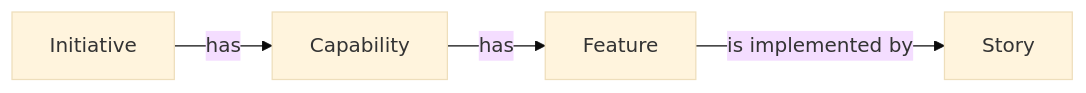
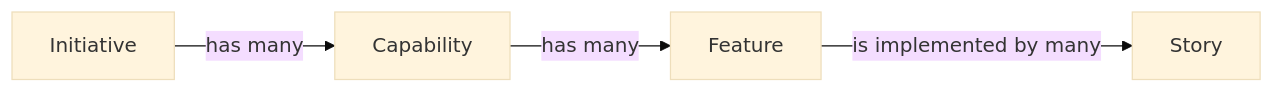
The diagram in docs/scoping.md (Oldranda1414/SP2PFL-ProjectManagement), drawn with Mermaid (base theme) before and after one commit. The commit also changed other lines of this file, not shown here.

````diff
--- a/docs/scoping.md
+++ b/docs/scoping.md
@@ -116,6 +116,6 @@
 ```mermaid
 flowchart LR
-    Initiative-- has -->Capability
-    Capability-- has -->Feature
-    Feature-- is implemented by -->Story
+    Initiative-- has many -->Capability
+    Capability-- has many -->Feature
+    Feature-- is implemented by many -->Story
 ```
````
